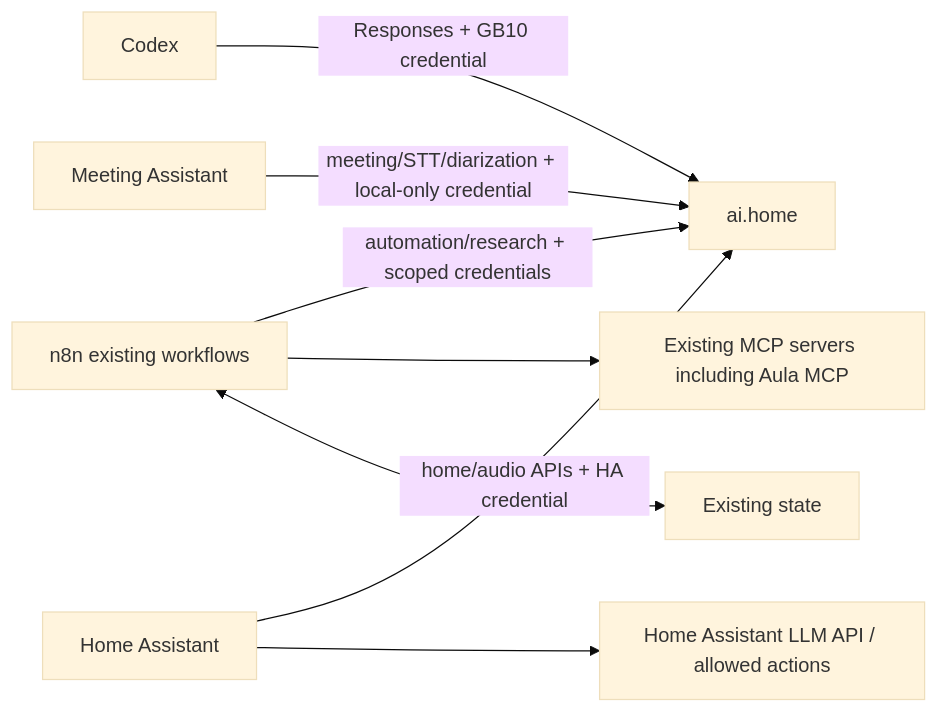
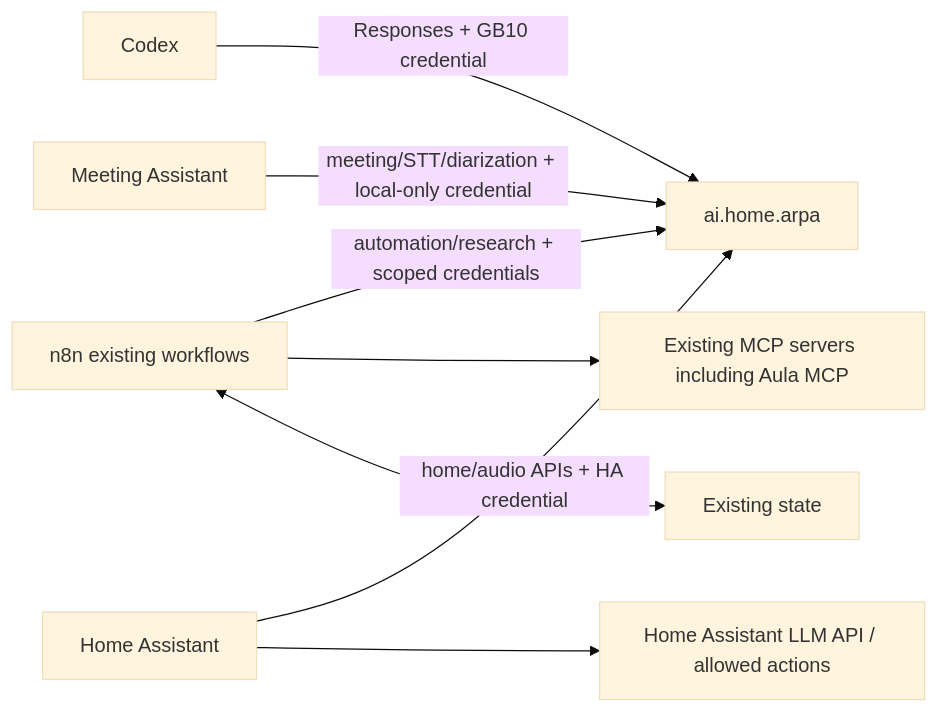
The third of 3 diagrams in docs/dependency-graph.md (madslundt/HomeCompute), drawn with Mermaid (base theme) before and after one commit. The commit also changed other lines of this file and 89 other files, not shown here.

````diff
--- a/docs/dependency-graph.md
+++ b/docs/dependency-graph.md
@@ -83,10 +83,10 @@
 ```mermaid
 flowchart LR
-    Codex -->|Responses + GB10 credential| Edge[ai.home]
+    Codex -->|Responses + GB10 credential| Edge[ai.home.arpa]
     N8N[n8n existing workflows] -->|automation/research + scoped credentials| Edge
     HA[Home Assistant] -->|home/audio APIs + HA credential| Edge
     Meeting[Meeting Assistant] -->|meeting/STT/diarization + local-only credential| Edge
     N8N --> MCP[Existing MCP servers including Aula MCP]
     N8N <--> Notion[Existing state]
     HA --> HATools[Home Assistant LLM API / allowed actions]
 ```
````
